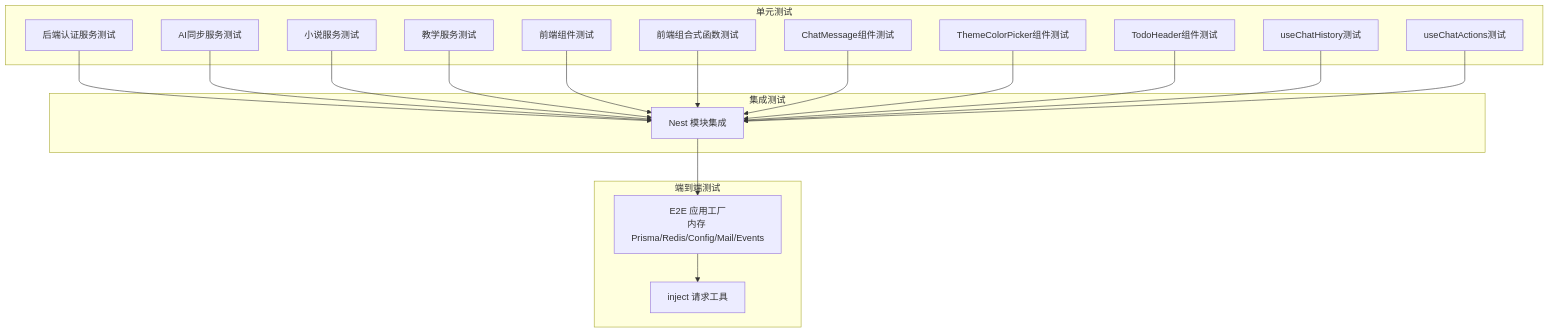
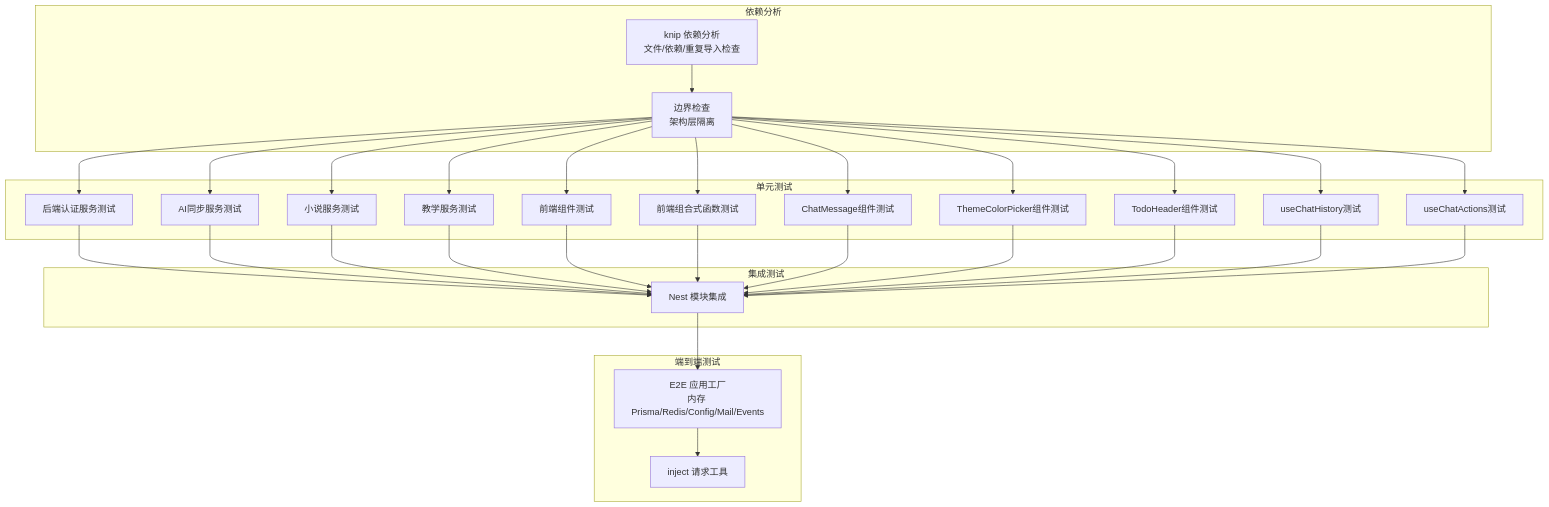
The second of 13 diagrams in .qoder/repowiki/zh/content/开发指南/测试策略与实践.md (xixixiaoyu/Todo), drawn with Mermaid before and after one commit. The commit also changed other lines of this file and 6 other files, not shown here.

````diff
--- a/.qoder/repowiki/zh/content/开发指南/测试策略与实践.md
+++ b/.qoder/repowiki/zh/content/开发指南/测试策略与实践.md
@@ -159,36 +176,52 @@
 ```mermaid
 graph TB
 subgraph "单元测试"
 U_AUTH["后端认证服务测试"]
 U_AI_SYNC["AI同步服务测试"]
 U_NOVEL["小说服务测试"]
 U_TEACHING["教学服务测试"]
 U_FE_COMP["前端组件测试"]
 U_FE_COMPOSABLE["前端组合式函数测试"]
 U_CHAT_MESSAGE["ChatMessage组件测试"]
 U_THEME_PICKER["ThemeColorPicker组件测试"]
 U_TODO_HEADER["TodoHeader组件测试"]
 U_CHAT_HISTORY["useChatHistory测试"]
 U_CHAT_ACTIONS["useChatActions测试"]
 end
 subgraph "集成测试"
 I_NEST["Nest 模块集成"]
 end
 subgraph "端到端测试"
 E_APP["E2E 应用工厂<br/>内存 Prisma/Redis/Config/Mail/Events"]
 E_REQ["inject 请求工具"]
 end
+subgraph "依赖分析"
+KNIPTOOL["knip 依赖分析<br/>文件/依赖/重复导入检查"]
+BOUNDARY["边界检查<br/>架构层隔离"]
+end
 U_AUTH --> I_NEST
 U_AI_SYNC --> I_NEST
 U_NOVEL --> I_NEST
 U_TEACHING --> I_NEST
 U_FE_COMP --> I_NEST
 U_FE_COMPOSABLE --> I_NEST
 U_CHAT_MESSAGE --> I_NEST
 U_THEME_PICKER --> I_NEST
 U_TODO_HEADER --> I_NEST
 U_CHAT_HISTORY --> I_NEST
 U_CHAT_ACTIONS --> I_NEST
 I_NEST --> E_APP
 E_APP --> E_REQ
+KNIPTOOL --> BOUNDARY
+BOUNDARY --> U_AUTH
+BOUNDARY --> U_AI_SYNC
+BOUNDARY --> U_NOVEL
+BOUNDARY --> U_TEACHING
+BOUNDARY --> U_FE_COMP
+BOUNDARY --> U_FE_COMPOSABLE
+BOUNDARY --> U_CHAT_MESSAGE
+BOUNDARY --> U_THEME_PICKER
+BOUNDARY --> U_TODO_HEADER
+BOUNDARY --> U_CHAT_HISTORY
+BOUNDARY --> U_CHAT_ACTIONS
 ```
````
